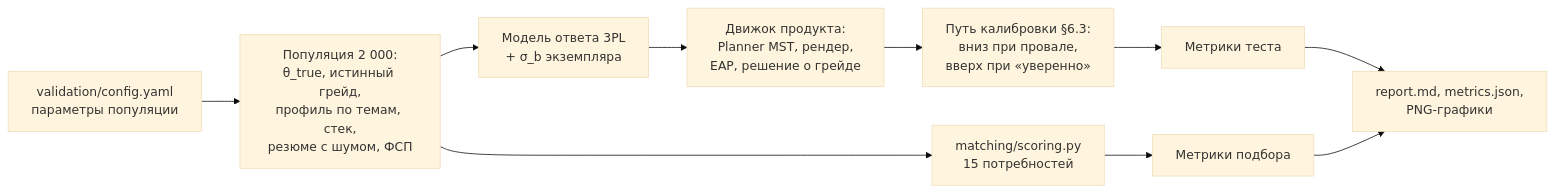
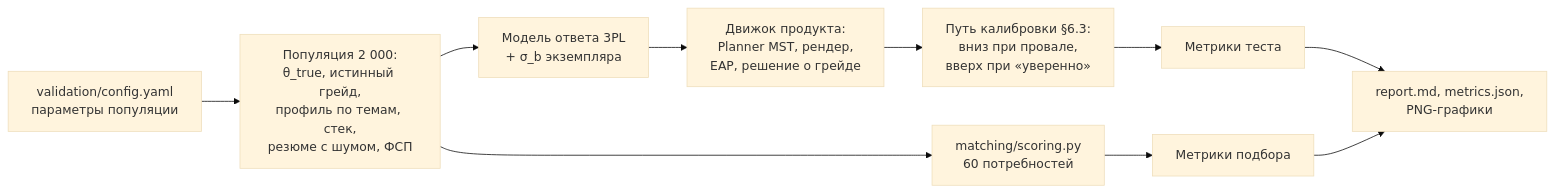
One commit to bojlahg/FSP_ITVacancyAggregator changed the diagram in docs/validation.md. Above: the diagram before and after it, drawn with Mermaid (base theme). The commit also changed other lines of this file and 2 other files, not shown here.

````diff
--- a/docs/validation.md
+++ b/docs/validation.md
@@ -7,10 +7,10 @@
 ```mermaid
 flowchart LR
   cfg["validation/config.yaml<br/>параметры популяции"] --> pop
   pop["Популяция 2 000:<br/>θ_true, истинный грейд,<br/>профиль по темам, стек,<br/>резюме с шумом, ФСП"] --> sim
   sim["Модель ответа 3PL<br/>+ σ_b экземпляра"] --> eng
   eng["Движок продукта:<br/>Planner MST, рендер,<br/>EAP, решение о грейде"] --> path["Путь калибровки §6.3:<br/>вниз при провале,<br/>вверх при «уверенно»"]
   path --> m1["Метрики теста"]
-  pop --> match["matching/scoring.py<br/>15 потребностей"] --> m2["Метрики подбора"]
+  pop --> match["matching/scoring.py<br/>60 потребностей"] --> m2["Метрики подбора"]
   m1 & m2 --> rep["report.md, metrics.json,<br/>PNG-графики"]
 ```
````
